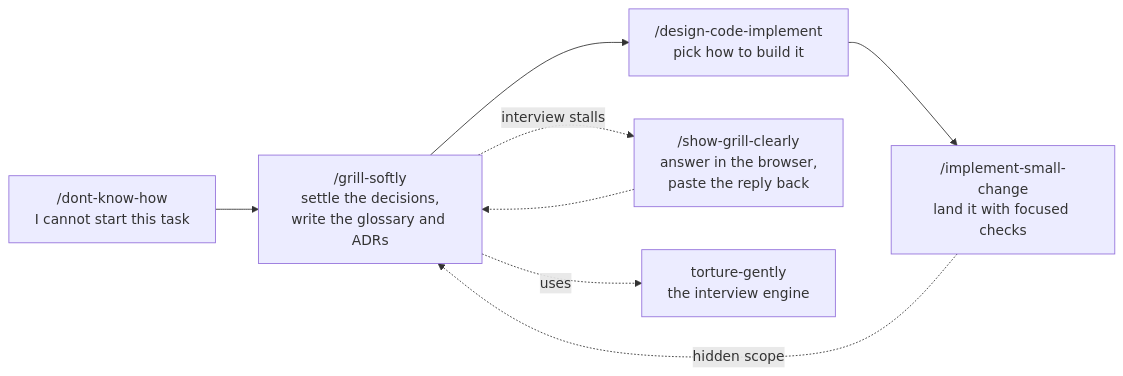
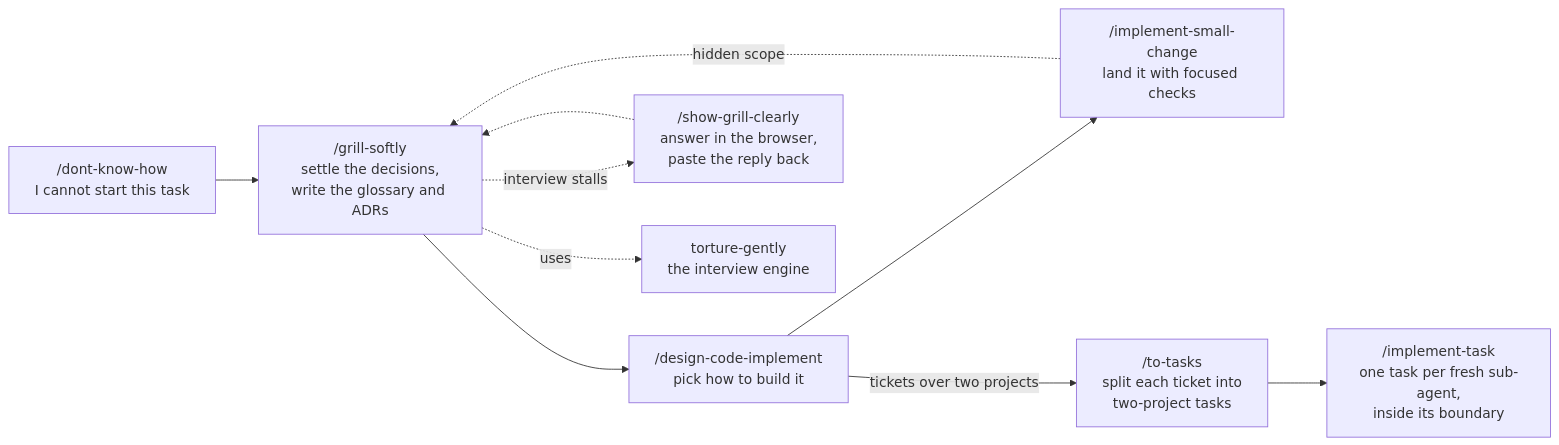
One commit to GUOJIE-HONG/skills changed the diagram in README.md. Above: the diagram before and after it, drawn with Mermaid. The commit also changed other lines of this file and 10 other files, not shown here.

First line of the commit message:
feat(skills): 新增 to-tasks 與 implement-task，發布 0.2.0

````diff
--- a/README.md
+++ b/README.md
@@ -66,10 +68,12 @@
 ```mermaid
 flowchart LR
     A["/dont-know-how<br/>I cannot start this task"] --> B["/grill-softly<br/>settle the decisions,<br/>write the glossary and ADRs"]
     B --> C["/design-code-implement<br/>pick how to build it"]
     C --> D["/implement-small-change<br/>land it with focused checks"]
+    C -- tickets over two projects --> G["/to-tasks<br/>split each ticket into<br/>two-project tasks"]
+    G --> H["/implement-task<br/>one task per fresh sub-agent,<br/>inside its boundary"]
     B -. interview stalls .-> E["/show-grill-clearly<br/>answer in the browser,<br/>paste the reply back"]
     E -.-> B
     B -. uses .-> F["torture-gently<br/>the interview engine"]
     D -. hidden scope .-> B
 ```
````
